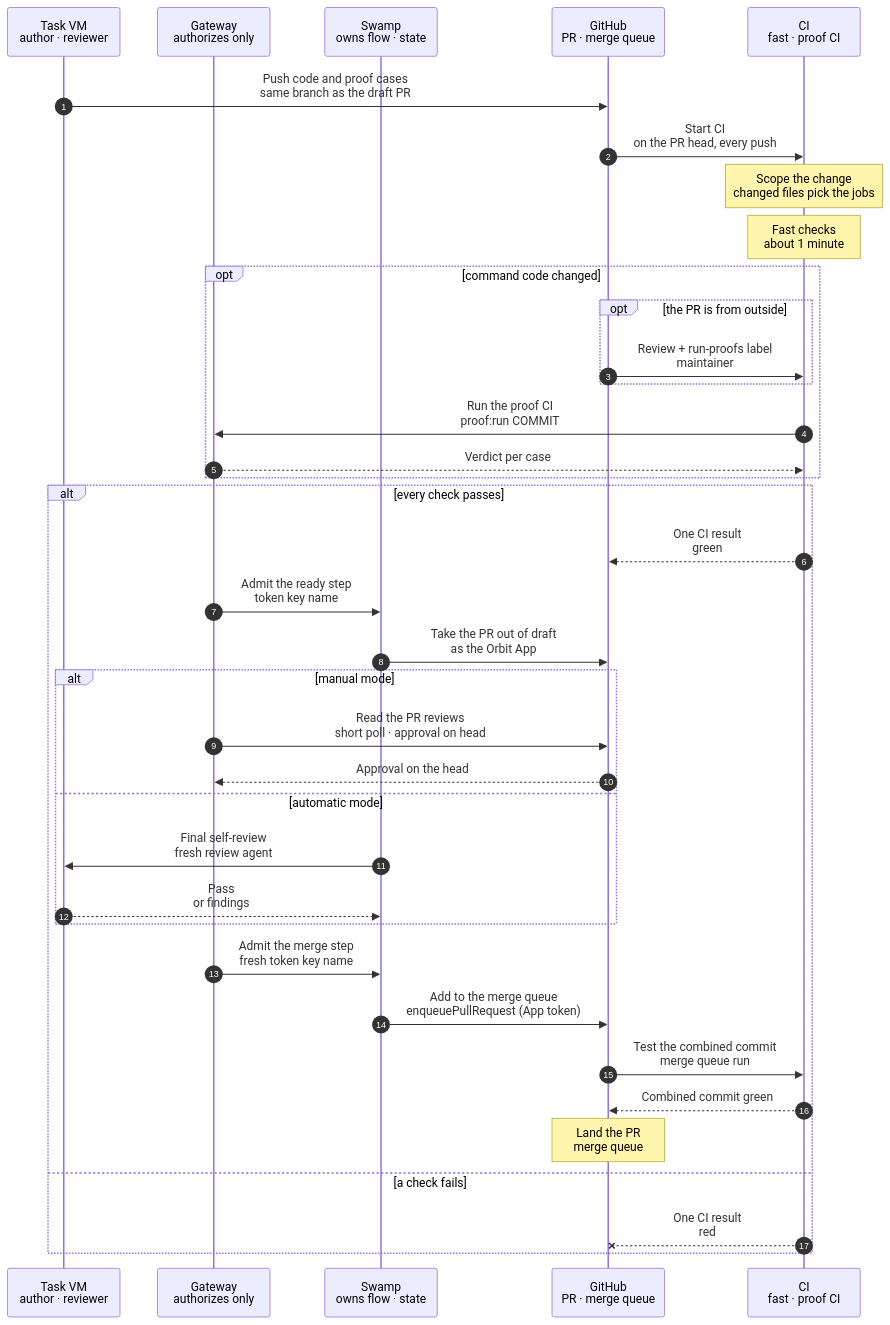
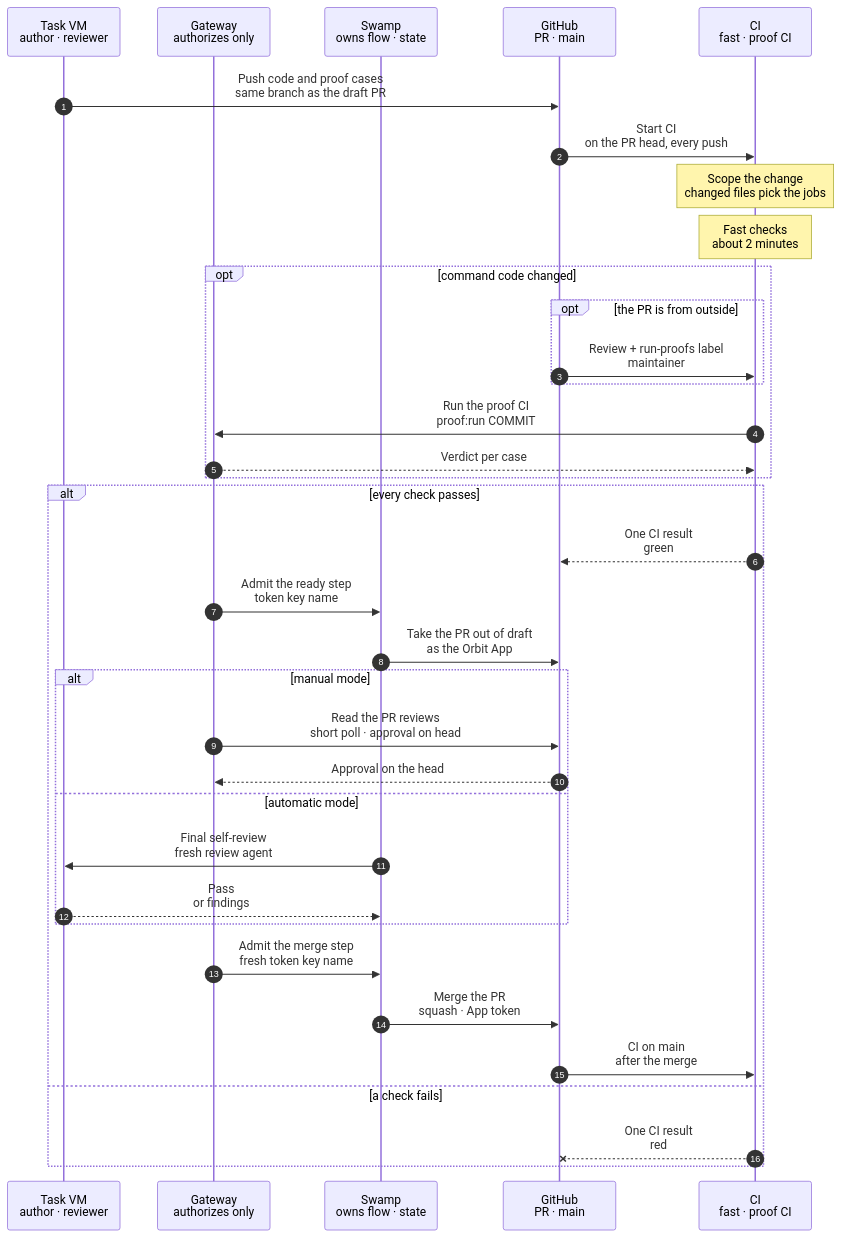
The diagram in docs/reference/pipeline/4-pr-and-ci.mmd (hardimpactdev/orbit), drawn with Mermaid before and after one commit. The commit also changed 16 other files, not shown here.

First line of the commit message:
docs: record the no-merge-queue decision and the stage 4 to 6 charts

```diff
--- a/docs/reference/pipeline/4-pr-and-ci.mmd
+++ b/docs/reference/pipeline/4-pr-and-ci.mmd
@@ -1,120 +1,120 @@
 sequenceDiagram
-  %% Target design: stage 4 of the command development pipeline (feature-flow sections 3 and 4). It continues the one PR that stage 1 opened as a draft with the spec. The code and the runnable proof cases of the command are pushed to the same branch, so a reviewer can check that the chart, the docs, the cases, the code and the proof cases match. There is one CI: the fast checks plus, for command code, the proof CI (proof:run for the affected commands). It runs on every push. When everything is green the PR leaves draft; then comes the gate, and Swamp adds the PR to the merge queue with a Gateway-minted App token. The merge queue requires the one CI result. The Gateway only admits and mints. GitHub auto-merge is not used.
+  %% Target design: stage 4 of the command development pipeline (feature-flow sections 3 and 4). It continues the one PR that stage 1 opened as a draft with the spec. The code and the runnable proof cases of the command are pushed to the same branch, so a reviewer can check that the chart, the docs, the cases, the code and the proof cases match. There is one CI: the fast checks plus, for command code, the proof CI (proof:run for the affected commands). It runs on every push. When everything is green the PR leaves draft; then comes the gate, and Swamp merges the PR with a Gateway-minted App token. There is no merge queue. The Gateway only admits and mints. GitHub auto-merge is not used.
   %% status: draft
   %% command: development pipeline stage 4 · code, proof CI and merge in the same PR
   %% kind: pipeline.4-pr-and-ci
   autonumber
   %% lane AG icon=terminal pill=author tone=gray
   %% lane GW icon=gateway pill=intent tone=blue
   %% lane SW icon=workflow pill=executes tone=green
   %% lane GH icon=server pill=PR tone=purple
   %% lane CI icon=workflow pill=checks tone=amber
   participant AG as Task VM<br/>author · reviewer
   participant GW as Gateway<br/>authorizes only
   participant SW as Swamp<br/>owns flow · state
-  participant GH as GitHub<br/>PR · merge queue
+  participant GH as GitHub<br/>PR · main
   participant CI as CI<br/>fast · proof CI
   AG->>GH: Push code and proof cases<br/>same branch as the draft PR
   %%> Requirements:
   %%> - the draft PR of stage 1 exists and its first commit holds the spec: chart, page and cases
   %%> - the cases passed on the nested fleet (stage 3)
   %%> What it does:
   %%> - pushes the command code and the runnable proof cases to the branch of the draft PR; no second PR is opened
   %%> - the chart, page, cases, code and proof cases are now in one PR, so a reviewer can check that they match
   %%> Not built:
   %%> - PRs opened by the App; today the author opens the draft PR as `nckrtl`
   GH->>CI: Start CI<br/>on the PR head, every push
   %%> What it does:
-  %%> - GitHub runs `ci.yml` for the PR head on every push, also while the PR is a draft; there is one CI, and the merge queue requires its one result
+  %%> - GitHub runs `ci.yml` for the PR head on every push, also while the PR is a draft; there is one CI, and the merge requires its one result
   Note over CI: Scope the change<br/>changed files pick the jobs
   %%> Rules:
   %%> - documentation only (`docs/`, `*.md`, charts): docs checks only, never the proof CI; this is the spec commit alone
   %%> - Gateway code: fast checks and the Gateway Pest suite
   %%> - web or CLI code: fast checks and that build
   %%> - command code (workflows, extensions, playbooks, roles, versions): fast checks and the proof CI
-  Note over CI: Fast checks<br/>about 1 minute
+  %%> - the proof CI starts only when a changed path selects a command in `swamp/proof/selection.txt`, the same list `proof:run` reads; docs, charts and case descriptions never start it
+  %%> Not built:
+  %%> - mapping each command's Gateway Action and CLI files in `selection.txt`; `apps/**` is `skip` until a command is ready
+  Note over CI: Fast checks<br/>about 2 minutes
   %%> What it does:
   %%> - runs the required job set `Required checks`; every main commit also builds the web artifact and `Gateway release inputs` for the release (stage 5)
   opt command code changed
     opt the PR is from outside
       GH->>CI: Review + run-proofs label<br/>maintainer
       %%> What it does:
       %%> - a maintainer approves the head and adds the label `run-proofs`; the workflow passes that head SHA to `proof:run`
       %%> Why:
       %%> - a new push removes the label; the new head needs a new approval
     end
     CI->>GW: Run the proof CI<br/>proof:run COMMIT
     %%> What it does:
     %%> - a job on the beast or shark runner passes only the full SHA and an idempotency key; it checks out nothing and chooses no cases
+    %%> - a new push cancels the proof run of the previous push on the same PR (GitHub concurrency), so only the latest push finishes its proof
     %%> - the Gateway checks the commit, selects the cases and starts one Swamp run, as in the chart of `proof:run`
     %%> - the run starts a fresh task VM from the current images, syncs the commit, converges that VM once when the PR changes playbooks or pins, and takes `base`; each batch restores `base` once, nothing converges again
     %%> - the base images stay as they are; only the merge and the seed refresh (stage 6) change them
     %%> Not built:
-    %%> - the CI job that calls `proof:run`, and the proof CI as a job of the one CI result; today the queue needs `Required checks` alone
+    %%> - the CI job that calls `proof:run`, and the proof CI as a job of the one CI result; today a merge needs `Required checks` alone
     GW-->>CI: Verdict per case
     %%> Result:
     %%> - the job reads the operation until it ends; a missing result or a failed assertion fails the CI result
   end
   alt every check passes
     CI-->>GH: One CI result<br/>green
     %%> Result:
-    %%> - the merge queue requires this one result
+    %%> - the merge requires this one result on the PR head
     GW->>SW: Admit the ready step<br/>token key name
     %%> What it does:
     %%> - authorizes the step and mints a short-lived App token
     %%> When:
     %%> - the PR is a draft and its CI is green on the head
     SW->>GH: Take the PR out of draft<br/>as the Orbit App
     %%> What it does:
     %%> - marks the PR ready for review with the App token, passed by vault key name
+    %%> - in manual mode, also requests Nick's review, so GitHub notifies him that the PR waits for him
     %%> Why:
     %%> - a draft means the work is still moving; leaving draft says the spec, code and proof cases are done
     %%> Not built:
-    %%> - Swamp leaving draft; today the author runs `gh pr ready` as `nckrtl`
+    %%> - Swamp leaving draft and requesting the review; today the author runs `gh pr ready` as `nckrtl`
     alt manual mode
       GW->>GH: Read the PR reviews<br/>short poll · approval on head
       %%> What it does:
       %%> - Nick's approving review on the exact PR head is the gate; the Gateway sees it with a token that has only `pull_requests: read`
       %%> Why:
       %%> - the Gateway is private and its App receives no webhooks, so a short poll sees the approval
       %%> - a push moves the PR head, so the approval must follow the last push
       %%> Not built:
       %%> - the approval-triggered continuation
       GH-->>GW: Approval on the head
     else automatic mode
       SW->>AG: Final self-review<br/>fresh review agent
       %%> What it does:
       %%> - a new review agent, which took no part in the spec, the code or the earlier reviews, reads the whole PR head and the CI result
       %%> Result:
       %%> - findings go back to the author agent, which fixes them; the new head gets a new CI run and a new review
+      %%> - at most 3 review rounds; after the third with findings, the PR switches to manual mode, Swamp requests Nick's review, and it waits for his approval
       AG-->>SW: Pass<br/>or findings
     end
     GW->>SW: Admit the merge step<br/>fresh token key name
     %%> Why:
     %%> - a token lives one hour and an approval can take longer, so the Gateway mints a new one for this step
-    SW->>GH: Add to the merge queue<br/>enqueuePullRequest (App token)
+    SW->>GH: Merge the PR<br/>squash · App token
     %%> What it does:
-    %%> - Swamp adds the PR to the merge queue through GitHub's `enqueuePullRequest` GraphQL mutation, with the Gateway-minted App token passed by vault key name
-    %%> - the Orbit App, through this Swamp step, decides whether the PR may merge; the PR's CI is already green and the gate has passed
+    %%> - Swamp merges the PR straight into main with a squash merge, using the Gateway-minted App token passed by vault key name
+    %%> - the Orbit App, through this Swamp step, decides whether the PR may merge; the PR's CI is green on its head and the gate has passed
+    %%> - a merge conflict with main refuses the merge; the author rebases, which reruns CI and the proof, and the gate starts again
     %%> History:
-    %%> - GitHub auto-merge is no longer used
+    %%> - no merge queue and no GitHub auto-merge (Nick, 2026-11-05): the queue only reran the 2-minute fast checks, because the proof is not run twice
     %%> Not built:
-    %%> - Swamp adding the PR to the merge queue; today the author runs `gh pr merge --auto` as `nckrtl` (the interim)
-    %%> - the repository's auto-merge setting is switched off once Swamp enqueues PRs
-    GH->>CI: Test the combined commit<br/>merge queue run
+    %%> - Swamp merging the PR; today the author runs `gh pr merge --auto` as `nckrtl` (the interim)
+    GH->>CI: CI on main<br/>after the merge
     %%> What it does:
-    %%> - the queue builds the PR on top of the newest main and runs CI again with the same selection rule
-    %%> - a batch needs the proof CI only for PRs that change command code
-    CI-->>GH: Combined commit green
-    %%> Result:
-    %%> - the queue run tested the exact commit it now puts on main
-    Note over GH: Land the PR<br/>merge queue
-    %%> Result:
-    %%> - the spec, the code and the proof cases are on main together; the Gateway release (stage 5) finds them
+    %%> - the normal CI run of the new main commit; the Gateway release (stage 5) takes only a green one
+    %%> When it fails:
+    %%> - two green PRs can still break main together; main is fixed forward, and no release takes the red commit
   else a check fails
     CI--xGH: One CI result<br/>red
     %%> Result:
-    %%> - the PR stays a draft and out of the queue; the author fixes and pushes again, and CI runs again on the new head
+    %%> - the PR stays a draft and is not merged; the author fixes and pushes again, and CI runs again on the new head
     %%> - a PR that left draft and then goes red is fixed the same way, and the gate starts again on the new head
-    %%> - a red combined commit removes the PR from the queue
   end
```
